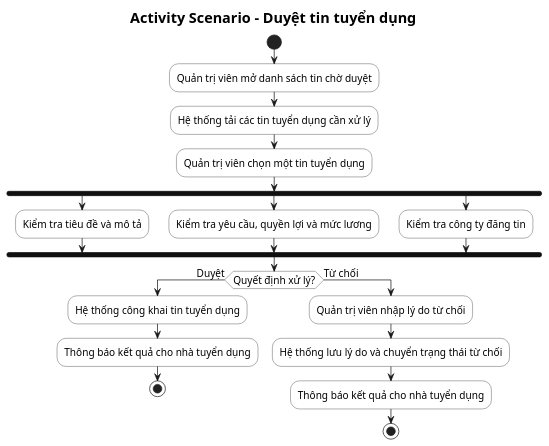
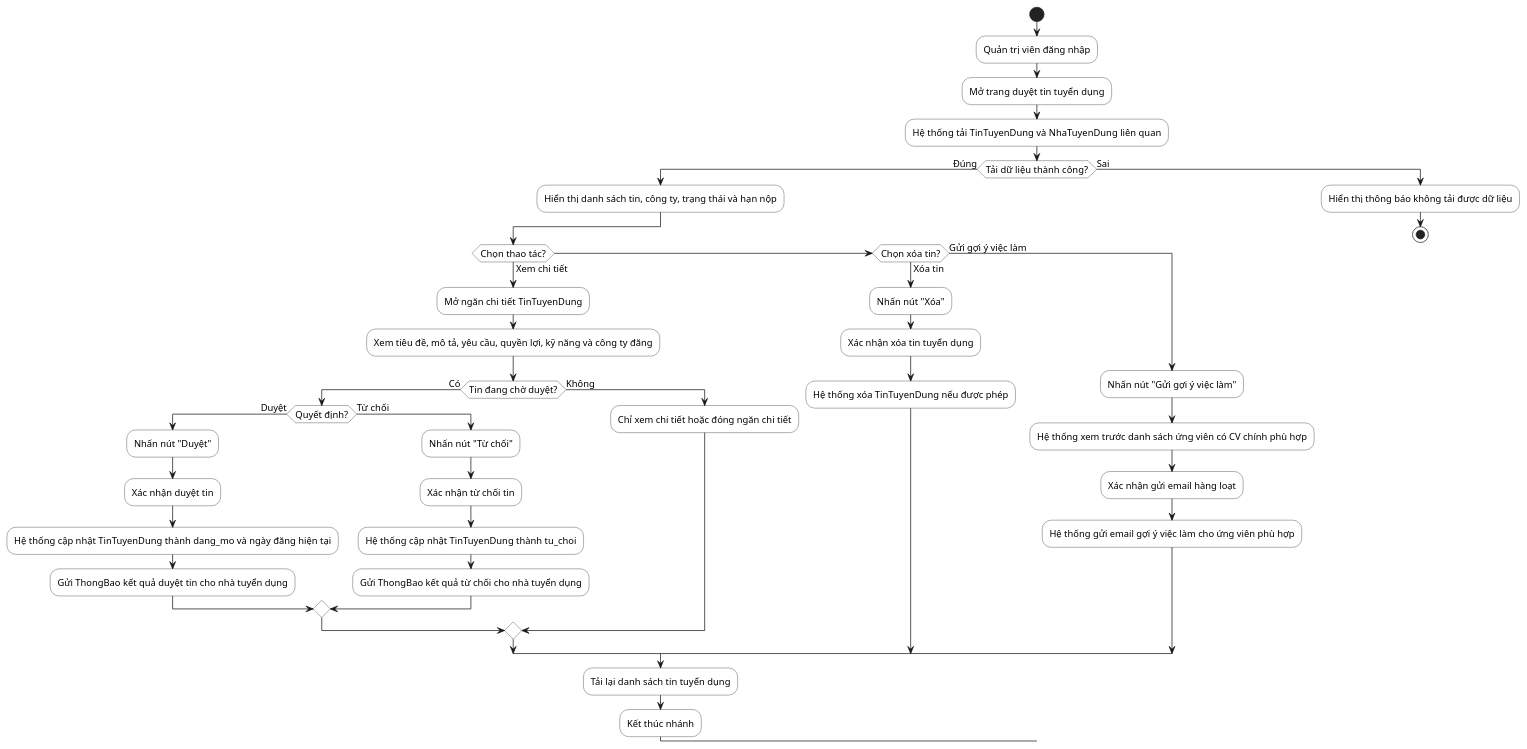
The diagram in docs/so-do/02-activity/22-activity-duyet-tin-tuyen-dung.puml (hole-six/DoAn), drawn with PlantUML before and after one commit. The commit also changed 84 other files, not shown here.

```diff
--- a/docs/so-do/02-activity/22-activity-duyet-tin-tuyen-dung.puml
+++ b/docs/so-do/02-activity/22-activity-duyet-tin-tuyen-dung.puml
@@ -1,38 +1,53 @@
 @startuml
 skinparam defaultFontName "Segoe UI"
-skinparam titleFontName "Segoe UI"
-skinparam defaultFontSize 14
-skinparam titleFontSize 20
+skinparam defaultFontSize 13
 skinparam shadowing false
 skinparam linetype ortho
 skinparam activity {
   BackgroundColor White
   BorderColor #222222
   DiamondBackgroundColor White
   DiamondBorderColor #222222
   BarColor #111111
 }
-title Activity Scenario - Duyệt tin tuyển dụng
-
 start
-:Quản trị viên mở danh sách tin chờ duyệt;
-:Hệ thống tải các tin tuyển dụng cần xử lý;
-:Quản trị viên chọn một tin tuyển dụng;
-fork
-  :Kiểm tra tiêu đề và mô tả;
-fork again
-  :Kiểm tra yêu cầu, quyền lợi và mức lương;
-fork again
-  :Kiểm tra công ty đăng tin;
-end fork
-if (Quyết định xử lý?) then (Duyệt)
-  :Hệ thống công khai tin tuyển dụng;
-  :Thông báo kết quả cho nhà tuyển dụng;
-  stop
-else (Từ chối)
-  :Quản trị viên nhập lý do từ chối;
-  :Hệ thống lưu lý do và chuyển trạng thái từ chối;
-  :Thông báo kết quả cho nhà tuyển dụng;
+:Quản trị viên đăng nhập;
+:Mở trang duyệt tin tuyển dụng;
+:Hệ thống tải TinTuyenDung và NhaTuyenDung liên quan;
+if (Tải dữ liệu thành công?) then (Đúng)
+  :Hiển thị danh sách tin, công ty, trạng thái và hạn nộp;
+  if (Chọn thao tác?) then (Xem chi tiết)
+    :Mở ngăn chi tiết TinTuyenDung;
+    :Xem tiêu đề, mô tả, yêu cầu, quyền lợi, kỹ năng và công ty đăng;
+    if (Tin đang chờ duyệt?) then (Có)
+      if (Quyết định?) then (Duyệt)
+        :Nhấn nút "Duyệt";
+        :Xác nhận duyệt tin;
+        :Hệ thống cập nhật TinTuyenDung thành dang_mo và ngày đăng hiện tại;
+        :Gửi ThongBao kết quả duyệt tin cho nhà tuyển dụng;
+      else (Từ chối)
+        :Nhấn nút "Từ chối";
+        :Xác nhận từ chối tin;
+        :Hệ thống cập nhật TinTuyenDung thành tu_choi;
+        :Gửi ThongBao kết quả từ chối cho nhà tuyển dụng;
+      endif
+    else (Không)
+      :Chỉ xem chi tiết hoặc đóng ngăn chi tiết;
+    endif
+  elseif (Chọn xóa tin?) then (Xóa tin)
+    :Nhấn nút "Xóa";
+    :Xác nhận xóa tin tuyển dụng;
+    :Hệ thống xóa TinTuyenDung nếu được phép;
+  else (Gửi gợi ý việc làm)
+    :Nhấn nút "Gửi gợi ý việc làm";
+    :Hệ thống xem trước danh sách ứng viên có CV chính phù hợp;
+    :Xác nhận gửi email hàng loạt;
+    :Hệ thống gửi email gợi ý việc làm cho ứng viên phù hợp;
+  endif
+  :Tải lại danh sách tin tuyển dụng;
+  :Kết thúc nhánh;
+else (Sai)
+  :Hiển thị thông báo không tải được dữ liệu;
   stop
 endif
 @enduml
```
